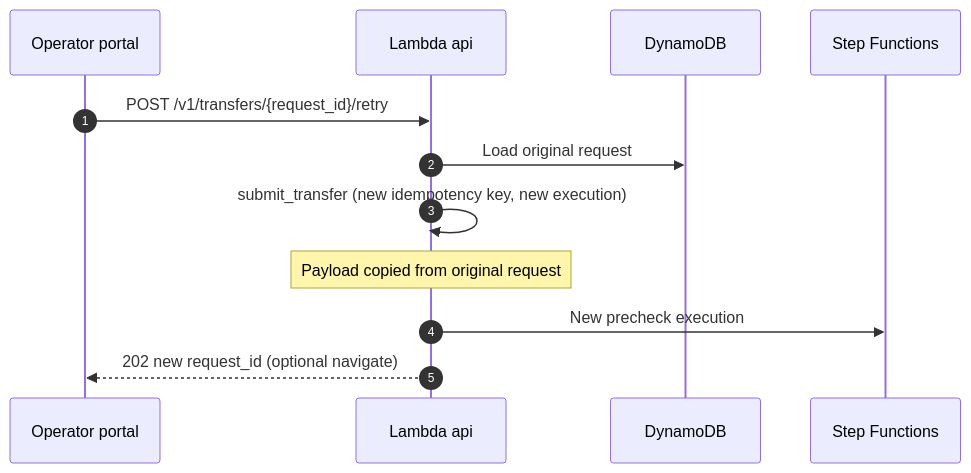
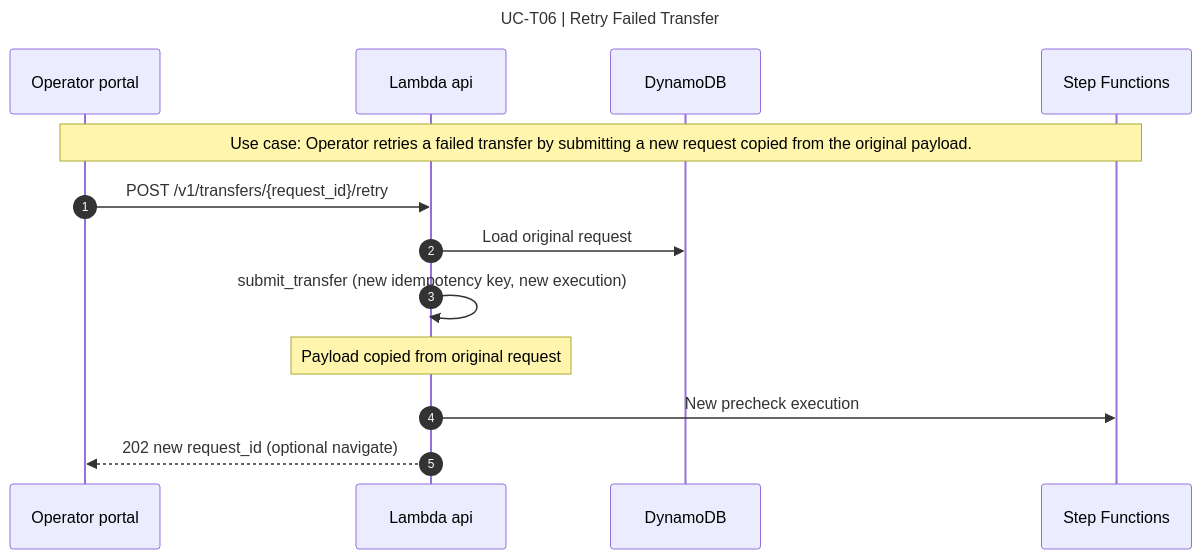
Before and after one commit to bayareala8s/BayRelayAI: the diagram in docs/sequence-diagrams/mmd/UC-T06.mmd, drawn with Mermaid. The commit also changed 68 other files, not shown here.

First line of the commit message:
Add title and use-case labels to all sequence diagrams.

```diff
--- a/docs/sequence-diagrams/mmd/UC-T06.mmd
+++ b/docs/sequence-diagrams/mmd/UC-T06.mmd
@@ -1,13 +1,17 @@
+---
+title: UC-T06 | Retry Failed Transfer
+---
 sequenceDiagram
   autonumber
   participant Op as Operator portal
   participant API as Lambda api
   participant DDB as DynamoDB
   participant SFN as Step Functions
+  Note over Op,SFN: Use case: Operator retries a failed transfer by submitting a new request copied from the original payload.
 
   Op->>API: POST /v1/transfers/{request_id}/retry
   API->>DDB: Load original request
   API->>API: submit_transfer (new idempotency key, new execution)
   Note over API: Payload copied from original request
   API->>SFN: New precheck execution
   API-->>Op: 202 new request_id (optional navigate)
```
